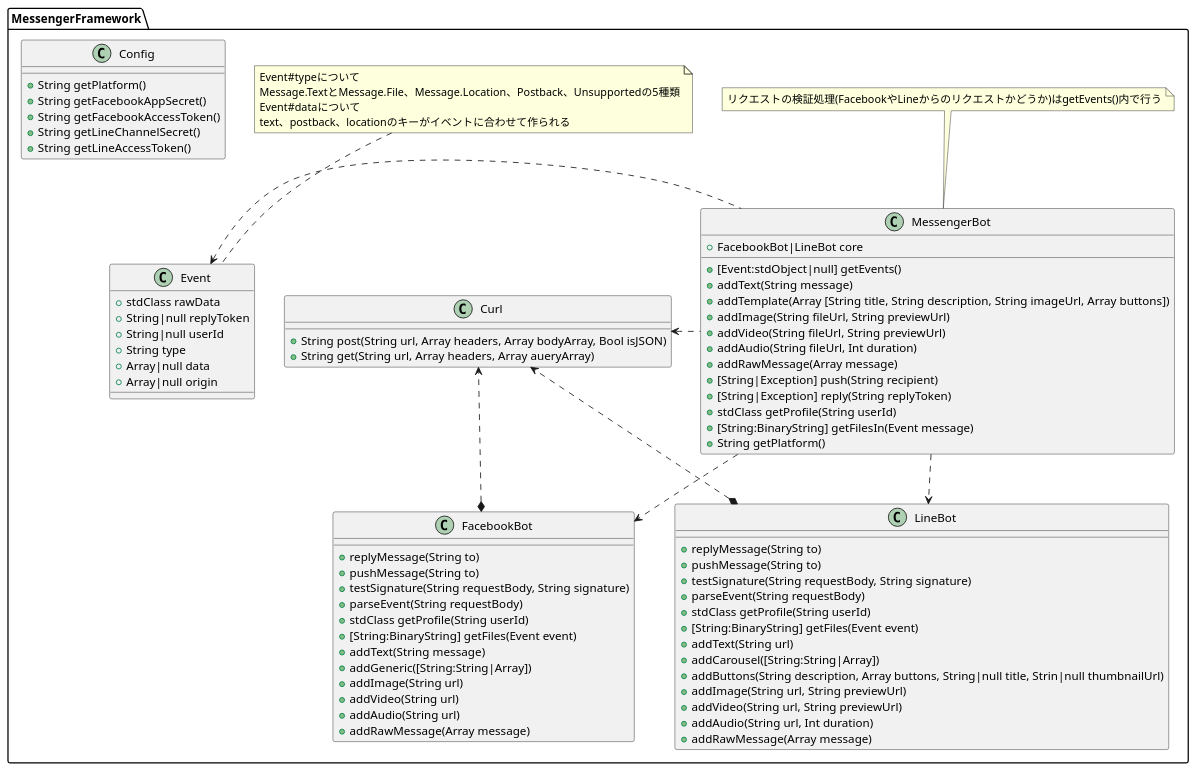
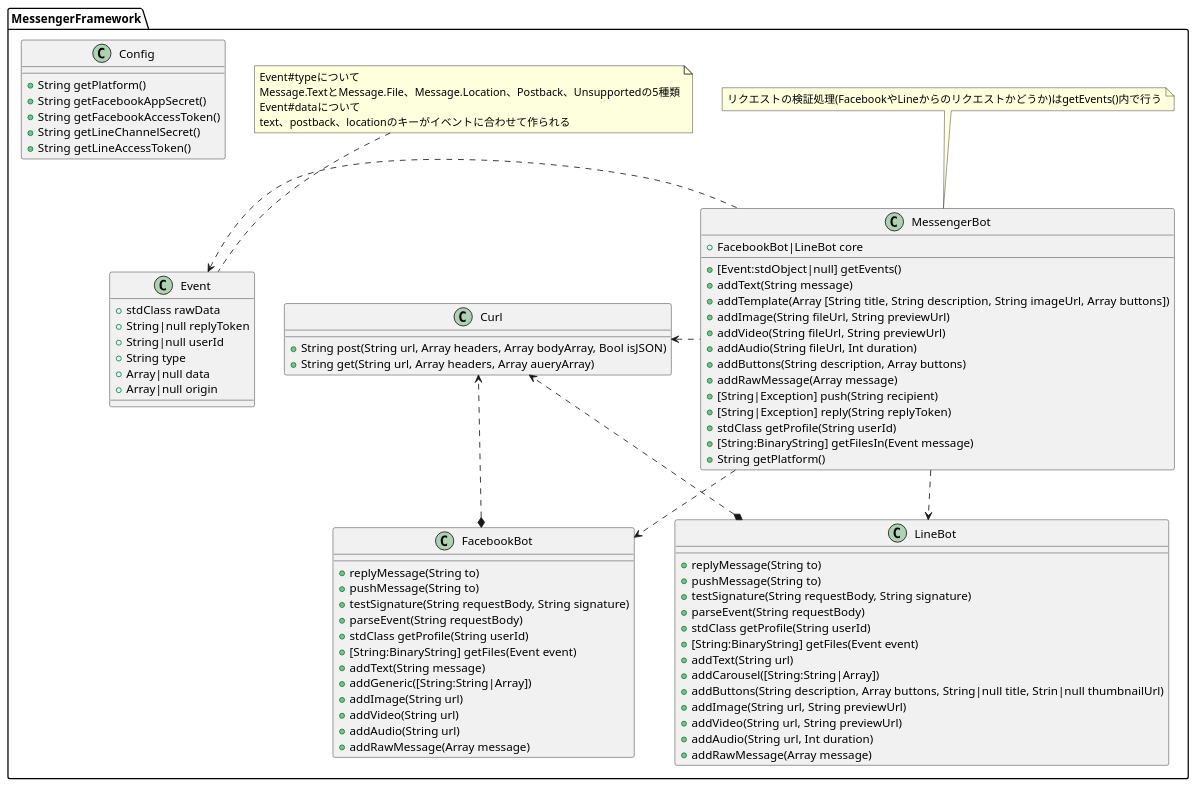
One commit to genies-inc/messenger-framework changed the diagram in docs/class-spec.puml. Above: the diagram before and after it, drawn with PlantUML. The commit also changed 2 other files, not shown here.

```diff
--- a/docs/class-spec.puml
+++ b/docs/class-spec.puml
@@ -1,98 +1,99 @@
 @startuml
 
 namespace MessengerFramework {
 
   class Event {
     + stdClass rawData
     + String|null replyToken
     + String|null userId
     + String type
     + Array|null data
     + Array|null origin
   }
 
   note top of Event
     Event#typeについて
     Message.TextとMessage.File、Message.Location、Postback、Unsupportedの5種類
     Event#dataについて
     text、postback、locationのキーがイベントに合わせて作られる
   end note
 
   class MessengerBot {
     + FacebookBot|LineBot core
     + [Event:stdObject|null] getEvents()
     + addText(String message)
     + addTemplate(Array [String title, String description, String imageUrl, Array buttons])
     + addImage(String fileUrl, String previewUrl)
     + addVideo(String fileUrl, String previewUrl)
     + addAudio(String fileUrl, Int duration)
+    + addButtons(String description, Array buttons)
     + addRawMessage(Array message)
     + [String|Exception] push(String recipient)
     + [String|Exception] reply(String replyToken)
     + stdClass getProfile(String userId)
     + [String:BinaryString] getFilesIn(Event message)
     + String getPlatform()
   }
 
   note top of MessengerBot
     リクエストの検証処理(FacebookやLineからのリクエストかどうか)はgetEvents()内で行う
   end note
 
   class FacebookBot {
     + replyMessage(String to)
     + pushMessage(String to)
     + testSignature(String requestBody, String signature)
     + parseEvent(String requestBody)
     + stdClass getProfile(String userId)
     + [String:BinaryString] getFiles(Event event)
     + addText(String message)
     + addGeneric([String:String|Array])
     + addImage(String url)
     + addVideo(String url)
     + addAudio(String url)
     + addRawMessage(Array message)
   }
 
   class LineBot {
     + replyMessage(String to)
     + pushMessage(String to)
     + testSignature(String requestBody, String signature)
     + parseEvent(String requestBody)
     + stdClass getProfile(String userId)
     + [String:BinaryString] getFiles(Event event)
     + addText(String url)
     + addCarousel([String:String|Array])
     + addButtons(String description, Array buttons, String|null title, Strin|null thumbnailUrl)
     + addImage(String url, String previewUrl)
     + addVideo(String url, String previewUrl)
     + addAudio(String url, Int duration)
     + addRawMessage(Array message)
   }
 
   class Curl {
     + String post(String url, Array headers, Array bodyArray, Bool isJSON)
     + String get(String url, Array headers, Array aueryArray)
   }
 
   class Config {
     + String getPlatform()
     + String getFacebookAppSecret()
     + String getFacebookAccessToken()
     + String getLineChannelSecret()
     + String getLineAccessToken()
   }
 
 }
 
 ' MessengerFramework内の関連
 
 MessengerFramework.MessengerBot .d.> MessengerFramework.FacebookBot
 MessengerFramework.MessengerBot .d.> MessengerFramework.LineBot
 MessengerFramework.MessengerBot .l.> MessengerFramework.Curl
 MessengerFramework.MessengerBot .l.> MessengerFramework.Event
 
 MessengerFramework.FacebookBot *..> MessengerFramework.Curl
 
 MessengerFramework.LineBot *..> MessengerFramework.Curl
 
 @enduml
```
